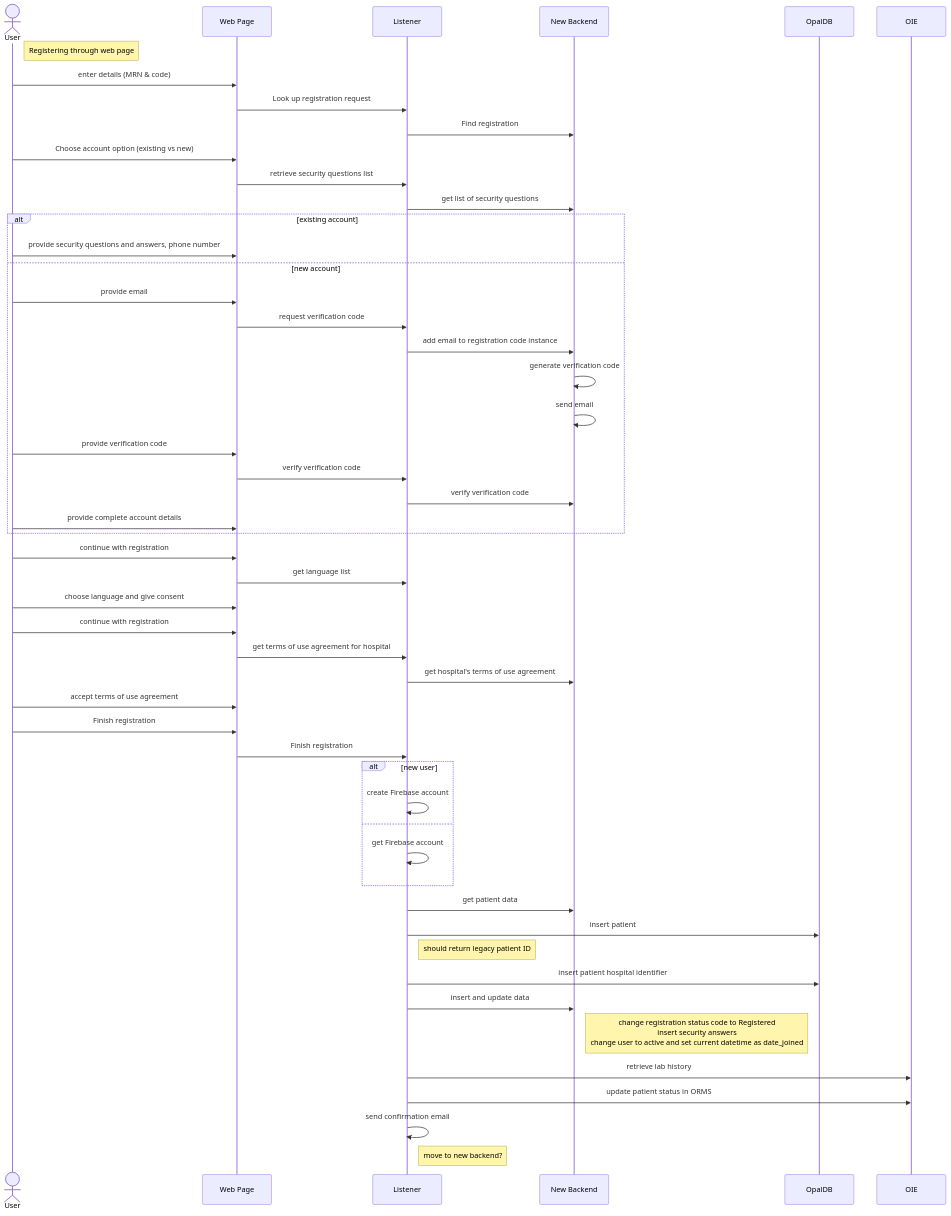
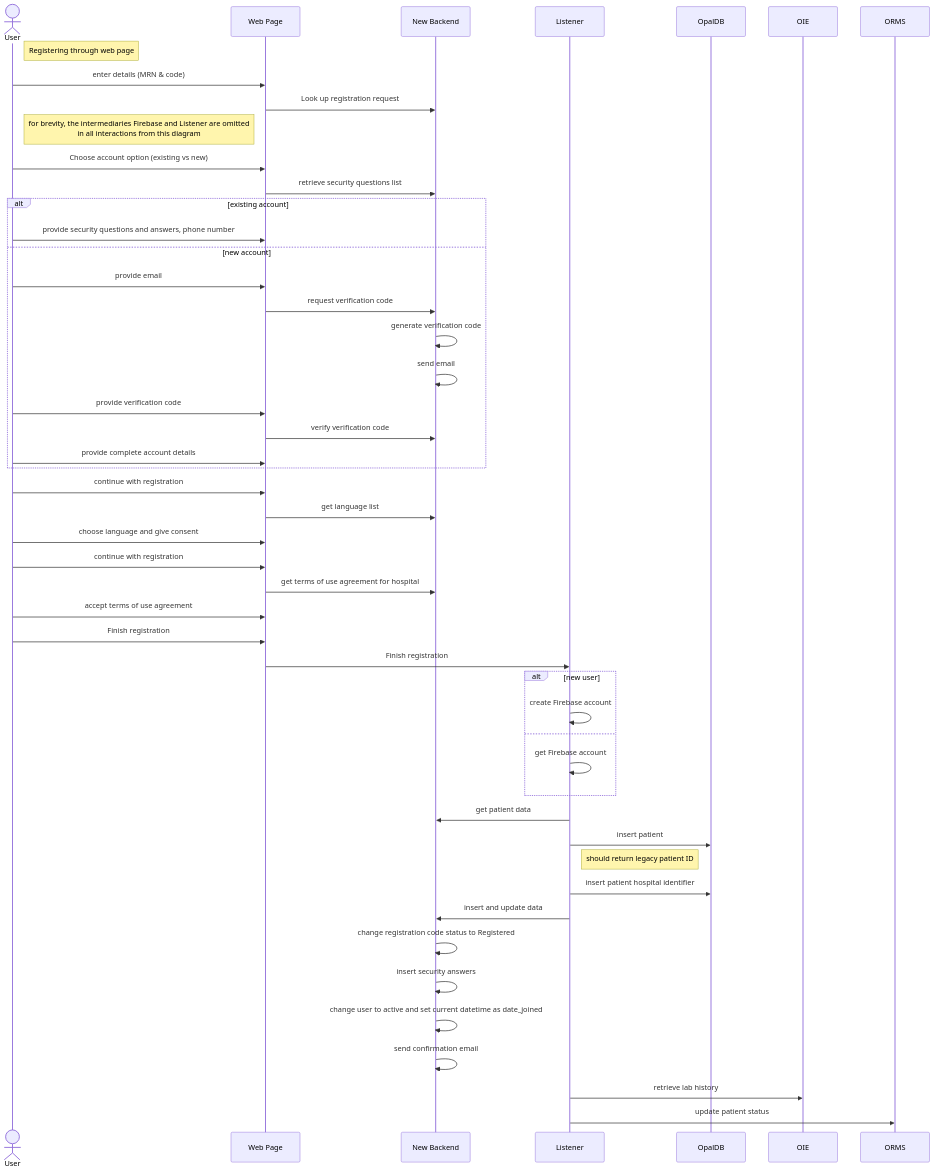
One commit to opalmedapps/docs changed the third of 3 diagrams in docs/architecture/registration.md. Above: the diagram before and after it, drawn with Mermaid. The commit also changed other lines of this file and 4 other files, not shown here.

````diff
--- a/docs/architecture/registration.md
+++ b/docs/architecture/registration.md
@@ -78,79 +77,58 @@
 ```mermaid
 sequenceDiagram
 
     actor User
     participant FE as Web Page
+    participant API as New Backend
     participant BE as Listener
-    participant API as New Backend
     %% participant DB as New DB
     participant ODB as OpalDB
     participant OIE
 
     note right of User: Registering through web page
 
     User ->> FE: enter details (MRN & code)
-    FE ->> BE: Look up registration request
-    BE ->> API: Find registration
+    FE ->> API: Look up registration request
+    note left of FE: for brevity, the intermediaries Firebase and Listener are omitted<br>in all interactions from this diagram
 
     User ->> FE: Choose account option (existing vs new)
-    FE ->> BE: retrieve security questions list
-    BE ->> API: get list of security questions
+    FE ->> API: retrieve security questions list
 
     alt existing account
         User ->> FE: provide security questions and answers, phone number
     else new account
         User ->> FE: provide email
-        FE ->> BE: request verification code
-        BE ->> API: add email to registration code instance
+        FE ->> API: request verification code
         API ->> API: generate verification code
         API ->> API: send email
         User ->> FE: provide verification code
-        FE ->> BE: verify verification code
-        BE ->> API: verify verification code
+        FE ->> API: verify verification code
         User ->> FE: provide complete account details
     end
 
     User ->> FE: continue with registration
-    FE ->> BE: get language list
+    FE ->> API: get language list
     User ->> FE: choose language and give consent
     User ->> FE: continue with registration
-    FE ->> BE: get terms of use agreement for hospital
-    %% note over FE, BE: currently retrieved locally from same host<br>but needs to be added to hospital settings
-    BE ->> API: get hospital's terms of use agreement
+    FE ->> API: get terms of use agreement for hospital
     User ->> FE: accept terms of use agreement
 
     User ->> FE: Finish registration
     FE ->> BE: Finish registration
     alt new user
         BE ->> BE: create Firebase account
     else
         BE ->> BE: get Firebase account
     end
     BE ->> API: get patient data
     BE ->> ODB: insert patient
     note right of BE: should return legacy patient ID
     BE ->> ODB: insert patient hospital identifier
     BE ->> API: insert and update data
-    note right of API: change registration status code to Registered<br>insert security answers<br>change user to active and set current datetime as date_joined
+    API ->> API: change registration code status to Registered
+    API ->> API: insert security answers
+    API ->> API: change user to active and set current datetime as date_joined
+    API ->> API: send confirmation email
     BE ->> OIE: retrieve lab history
-    BE ->> OIE: update patient status in ORMS
-    BE ->> BE: send confirmation email
-    note right of BE: move to new backend?
-    
-    %% rect rgb(150, 150, 150)
-    %% note right of API: existing PHP functionality
-    %% opt not patient exists
-    %%     API ->> ODB: insert patient
-    %%     API ->> ODB: insert patient hospital identifier
-    %%     API ->> ODB: insert user (for patient)
-    %%     note over API, ODB: TBD: Can there only be one user<br>or does there need to be a user each (for security questions)
-    %% end
-    %% end
-
-    %% API ->> OIE: retrieve lab history
-    %% API ->> OIE: update patient status in ORMS
-    %%     note right of API: TBD: change to direct call to ORMS?
-    %% API ->> DB: set legacy_id in patient
-    %% API ->> DB: set legacy_id in caregiverprofile
-    %% API ->> API: send confirmation email
+    BE ->> ORMS: update patient status
 ```
````
